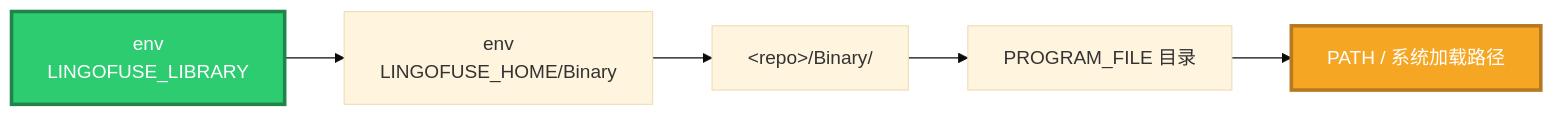
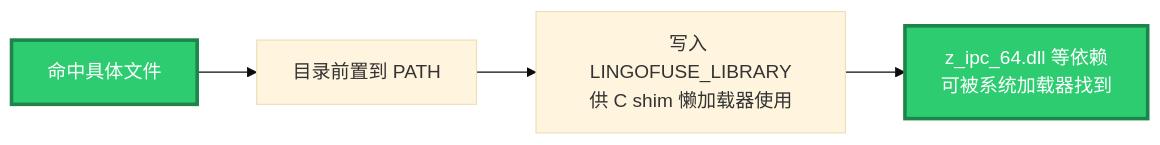
One commit to PassByYou888/LingoFuse changed the sixth of 33 diagrams in julia/README.md. Above: the diagram before and after it, drawn with Mermaid (base theme). The commit also changed other lines of this file and 3 other files, not shown here.

First line of the commit message:
Improve runtime & shim library resolution

````diff
--- a/julia/README.md
+++ b/julia/README.md
@@ -102,10 +157,9 @@
 ```mermaid
 flowchart LR
-    A["env<br/>LINGOFUSE_LIBRARY"] --> B["env<br/>LINGOFUSE_HOME/Binary"]
-    B --> C["&lt;repo&gt;/Binary/"]
-    C --> D["PROGRAM_FILE 目录"]
-    D --> E["PATH / 系统加载路径"]
+    A["命中具体文件"] --> B["目录前置到 PATH"]
+    B --> C["写入 LINGOFUSE_LIBRARY<br/>供 C shim 懒加载器使用"]
+    C --> D["z_ipc_64.dll 等依赖<br/>可被系统加载器找到"]
 
     style A fill:#2ECC71,stroke:#1E8449,stroke-width:3px,color:#FFFFFF
-    style E fill:#F5A623,stroke:#B7791F,stroke-width:3px,color:#FFFFFF
+    style D fill:#2ECC71,stroke:#1E8449,stroke-width:3px,color:#FFFFFF
 ```
````
